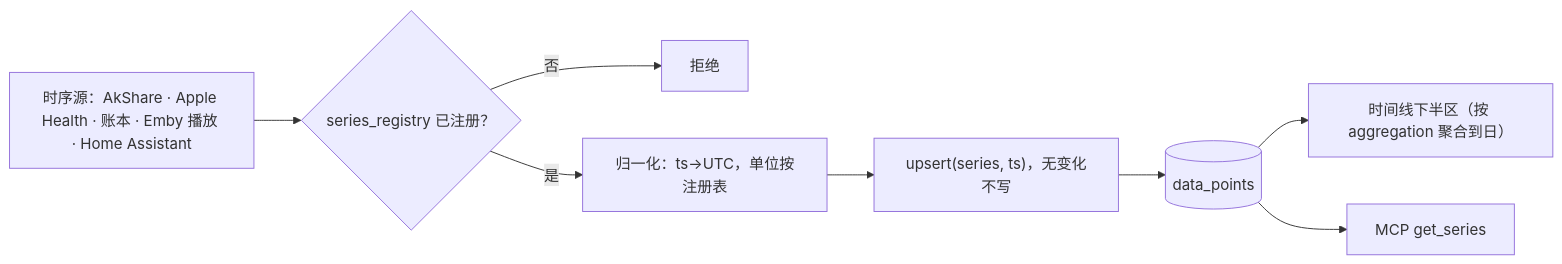
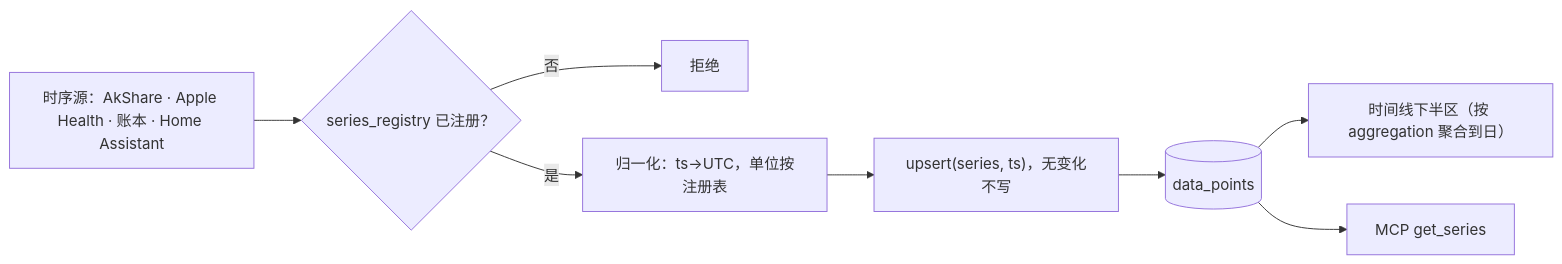
One commit to keylin/allin-one changed the second of 4 diagrams in docs/design_data_model.md. Above: the diagram before and after it, drawn with Mermaid. The commit also changed other lines of this file and 1 other file, not shown here.

````diff
--- a/docs/design_data_model.md
+++ b/docs/design_data_model.md
@@ -196,8 +300,8 @@
 ```mermaid
 flowchart LR
-  S["时序源：AkShare · Apple Health · 账本 · Emby 播放 · Home Assistant"] --> R{"series_registry 已注册？"}
+  S["时序源：AkShare · Apple Health · 账本 · Home Assistant"] --> R{"series_registry 已注册？"}
   R -->|否| X["拒绝"]
   R -->|是| N["归一化：ts→UTC，单位按注册表"] --> U["upsert(series, ts)，无变化不写"] --> DP[("data_points")]
   DP --> T["时间线下半区（按 aggregation 聚合到日）"]
   DP --> Q["MCP get_series"]
 ```
````
